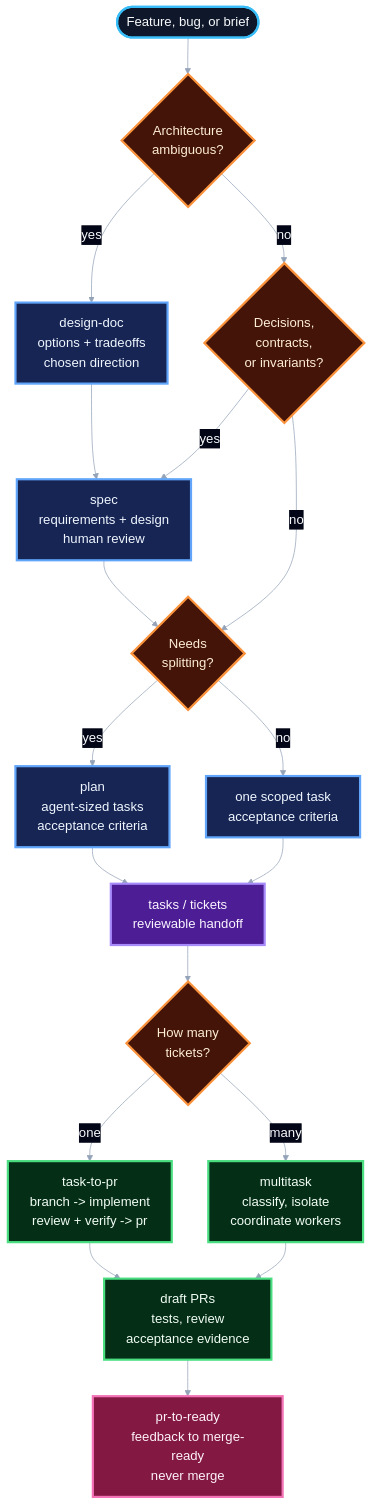
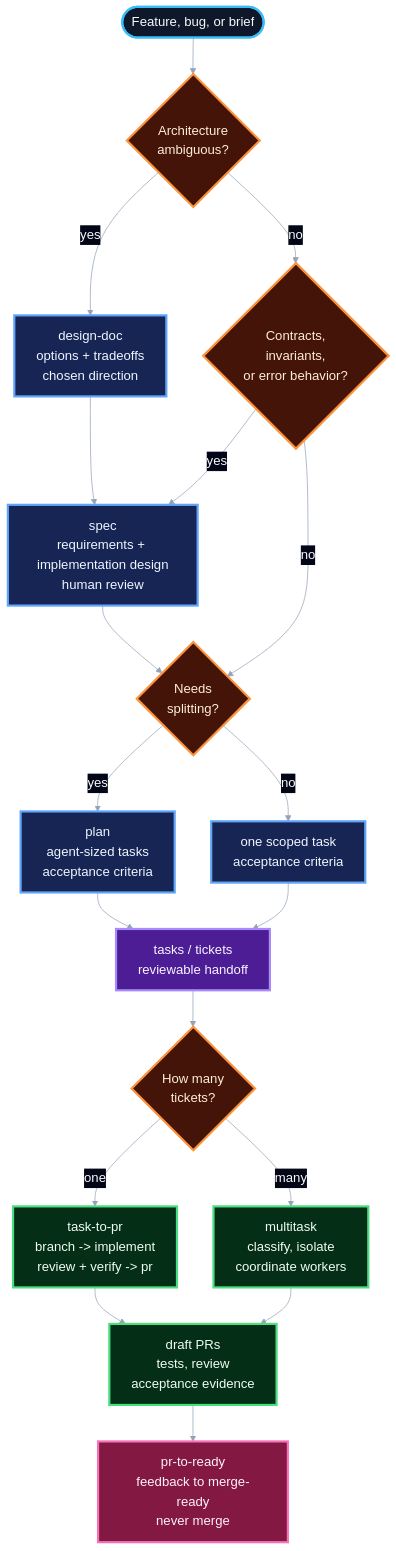
One commit to owainlewis/blueprint changed the first of 3 diagrams in README.md. Above: the diagram before and after it, drawn with Mermaid. The commit also changed other lines of this file and 2 other files, not shown here.

````diff
--- a/README.md
+++ b/README.md
@@ -38,47 +38,47 @@
 ```mermaid
 %%{init: {"theme": "base", "themeVariables": {"fontFamily": "Inter, ui-sans-serif, system-ui", "fontSize": "18px", "primaryTextColor": "#f8fafc", "tertiaryTextColor": "#f8fafc", "lineColor": "#94a3b8", "edgeLabelBackground": "#020617"}}}%%
 flowchart TD
     Request([Feature, bug, or brief])
 
     Ambiguous{Architecture<br/>ambiguous?}
     Design["design-doc<br/>options + tradeoffs<br/>chosen direction"]
-    SpecGate{Decisions,<br/>contracts,<br/>or invariants?}
-    Spec["spec<br/>requirements + design<br/>human review"]
+    SpecGate{Contracts,<br/>invariants,<br/>or error behavior?}
+    Spec["spec<br/>requirements + implementation design<br/>human review"]
     Split{Needs<br/>splitting?}
     Plan["plan<br/>agent-sized tasks<br/>acceptance criteria"]
     Direct["one scoped task<br/>acceptance criteria"]
     Handoff["tasks / tickets<br/>reviewable handoff"]
 
     Count{How many<br/>tickets?}
     Single["task-to-pr<br/>branch -> implement<br/>review + verify -> pr"]
     Multi["multitask<br/>classify, isolate<br/>coordinate workers"]
     PRs["draft PRs<br/>tests, review<br/>acceptance evidence"]
     Ready["pr-to-ready<br/>feedback to merge-ready<br/>never merge"]
 
     Request --> Ambiguous
     Ambiguous -->|yes| Design --> Spec
     Ambiguous -->|no| SpecGate
     SpecGate -->|yes| Spec
     SpecGate -->|no| Split
     Spec --> Split
     Split -->|yes| Plan --> Handoff
     Split -->|no| Direct --> Handoff
     Handoff --> Count
     Count -->|one| Single --> PRs
     Count -->|many| Multi --> PRs
     PRs --> Ready
 
     classDef start fill:#0f172a,stroke:#38bdf8,stroke-width:3px,color:#f8fafc,font-size:18px;
     classDef decision fill:#431407,stroke:#fb923c,stroke-width:3px,color:#ffedd5,font-size:18px;
     classDef decide fill:#172554,stroke:#60a5fa,stroke-width:3px,color:#eff6ff,font-size:18px;
     classDef handoff fill:#4c1d95,stroke:#a78bfa,stroke-width:3px,color:#faf5ff,font-size:18px;
     classDef deliver fill:#052e16,stroke:#4ade80,stroke-width:3px,color:#f0fdf4,font-size:18px;
     classDef feedback fill:#831843,stroke:#f472b6,stroke-width:3px,color:#fdf2f8,font-size:18px;
 
     class Request start;
     class Ambiguous,SpecGate,Split,Count decision;
     class Design,Spec,Plan,Direct decide;
     class Handoff handoff;
     class Single,Multi,PRs deliver;
     class Ready feedback;
 ```
````
